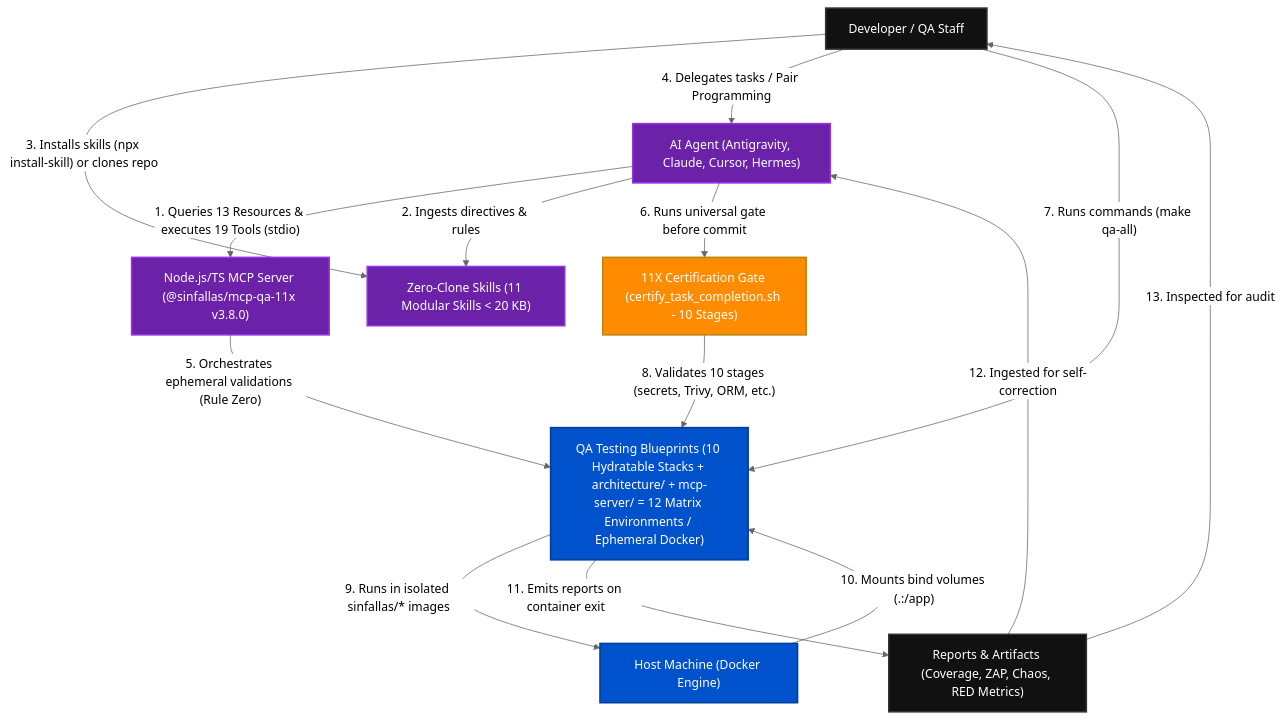
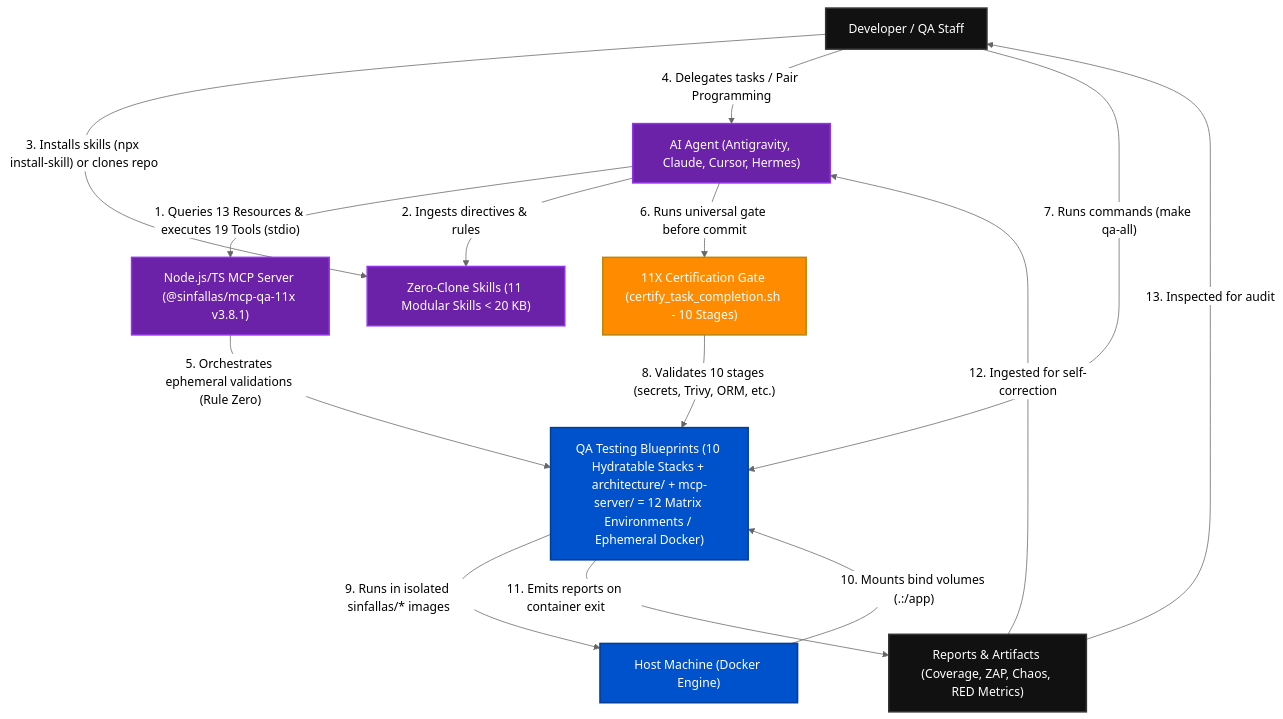
Before and after one commit to tecno-consultores/qa-testing-blueprints: the first of 3 diagrams in docs/ARCHITECTURE_C4.md, drawn with Mermaid (neutral theme). The commit also changed 49 other files, not shown here.

````diff
--- a/docs/ARCHITECTURE_C4.md
+++ b/docs/ARCHITECTURE_C4.md
@@ -12,33 +12,33 @@
 ```mermaid
 flowchart TD
     Human["Developer / QA Staff"]
     Agent["AI Agent (Antigravity, Claude, Cursor, Hermes)"]
-    MCP["Node.js/TS MCP Server (@sinfallas/mcp-qa-11x v3.8.0)"]
+    MCP["Node.js/TS MCP Server (@sinfallas/mcp-qa-11x v3.8.1)"]
     Skill["Zero-Clone Skills (11 Modular Skills < 20 KB)"]
     Gate["11X Certification Gate (certify_task_completion.sh - 10 Stages)"]
     QA["QA Testing Blueprints (10 Hydratable Stacks + architecture/ + mcp-server/ = 12 Matrix Environments / Ephemeral Docker)"]
     Host["Host Machine (Docker Engine)"]
     Reports["Reports & Artifacts (Coverage, ZAP, Chaos, RED Metrics)"]
 
     Agent -->|"1. Queries 13 Resources & executes 19 Tools (stdio)"| MCP
     Agent -->|"2. Ingests directives & rules"| Skill
     Human -->|"3. Installs skills (npx install-skill) or clones repo"| Skill
     Human -->|"4. Delegates tasks / Pair Programming"| Agent
     MCP -->|"5. Orchestrates ephemeral validations (Rule Zero)"| QA
     Agent -->|"6. Runs universal gate before commit"| Gate
     Human -->|"7. Runs commands (make qa-all)"| QA
     Gate -->|"8. Validates 10 stages (secrets, Trivy, ORM, etc.)"| QA
     QA -->|"9. Runs in isolated sinfallas/* images"| Host
     Host -->|"10. Mounts bind volumes (.:/app)"| QA
     QA -->|"11. Emits reports on container exit"| Reports
     Reports -->|"12. Ingested for self-correction"| Agent
     Reports -->|"13. Inspected for audit"| Human
 
     classDef default fill:#111,stroke:#333,stroke-width:2px,color:#fff;
     classDef highlight fill:#0052cc,stroke:#003d99,stroke-width:2px,color:#fff;
     classDef barrier fill:#ff8c00,stroke:#b8860b,stroke-width:2px,color:#fff;
     classDef ai fill:#6b21a8,stroke:#9333ea,stroke-width:2px,color:#fff;
     class QA,Host highlight;
     class Gate barrier;
     class Agent,MCP,Skill ai;
 ```
````
